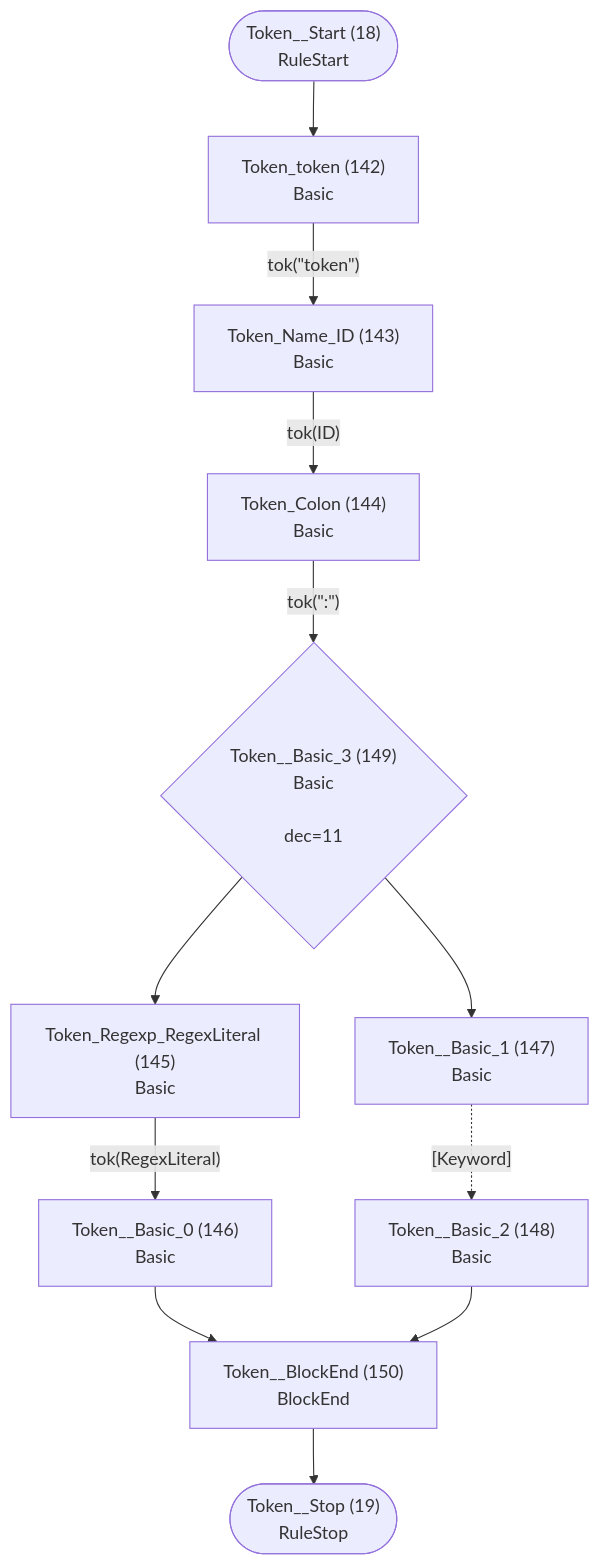
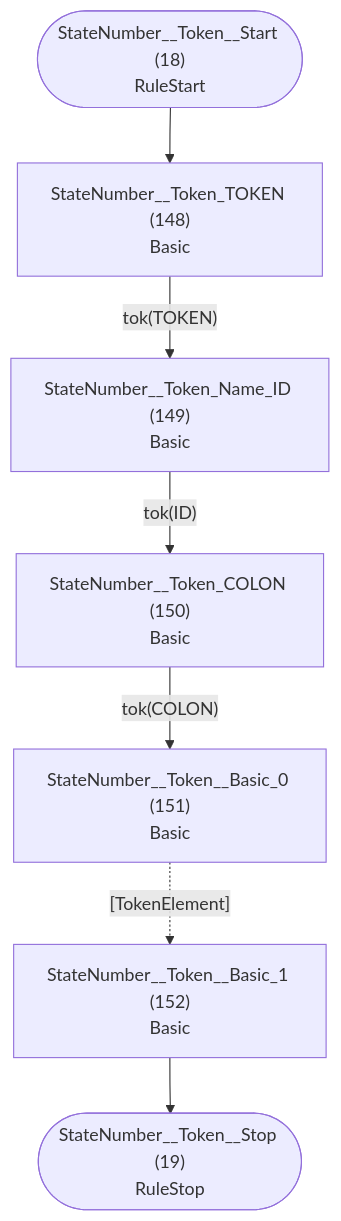
Before and after one commit to TypeFox/fastbelt: the tenth of 32 diagrams in internal/grammar/atn.md, drawn with Mermaid. The commit also changed other lines of this file and 5 other files, not shown here.

````diff
--- a/internal/grammar/atn.md
+++ b/internal/grammar/atn.md
@@ -281,26 +281,17 @@
 ```mermaid
 flowchart TD
-    q18(["Token__Start (18)<br/>RuleStart"])
-    q19(["Token__Stop (19)<br/>RuleStop"])
-    q142["Token_token (142)<br/>Basic<br/>"]
-    q143["Token_Name_ID (143)<br/>Basic<br/>"]
-    q144["Token_Colon (144)<br/>Basic<br/>"]
-    q145["Token_Regexp_RegexLiteral (145)<br/>Basic<br/>"]
-    q146["Token__Basic_0 (146)<br/>Basic<br/>"]
-    q147["Token__Basic_1 (147)<br/>Basic<br/>"]
-    q148["Token__Basic_2 (148)<br/>Basic<br/>"]
-    q149{"Token__Basic_3 (149)<br/>Basic<br/><br/>dec=11"}
-    q150["Token__BlockEnd (150)<br/>BlockEnd<br/>"]
+    q18(["StateNumber__Token__Start (18)<br/>RuleStart"])
+    q19(["StateNumber__Token__Stop (19)<br/>RuleStop"])
+    q148["StateNumber__Token_TOKEN (148)<br/>Basic<br/>"]
+    q149["StateNumber__Token_Name_ID (149)<br/>Basic<br/>"]
+    q150["StateNumber__Token_COLON (150)<br/>Basic<br/>"]
+    q151["StateNumber__Token__Basic_0 (151)<br/>Basic<br/>"]
+    q152["StateNumber__Token__Basic_1 (152)<br/>Basic<br/>"]
 
-    q18 --> q142
-    q142 -->|"tok(&quot;token&quot;)"| q143
-    q143 -->|"tok(ID)"| q144
-    q144 -->|"tok(&quot;:&quot;)"| q149
-    q145 -->|"tok(RegexLiteral)"| q146
-    q146 --> q150
-    q147 -.->|"[Keyword]"| q148
-    q148 --> q150
-    q149 --> q145
-    q149 --> q147
-    q150 --> q19
+    q18 --> q148
+    q148 -->|"tok(TOKEN)"| q149
+    q149 -->|"tok(ID)"| q150
+    q150 -->|"tok(COLON)"| q151
+    q151 -.->|"[TokenElement]"| q152
+    q152 --> q19
 ```
````
